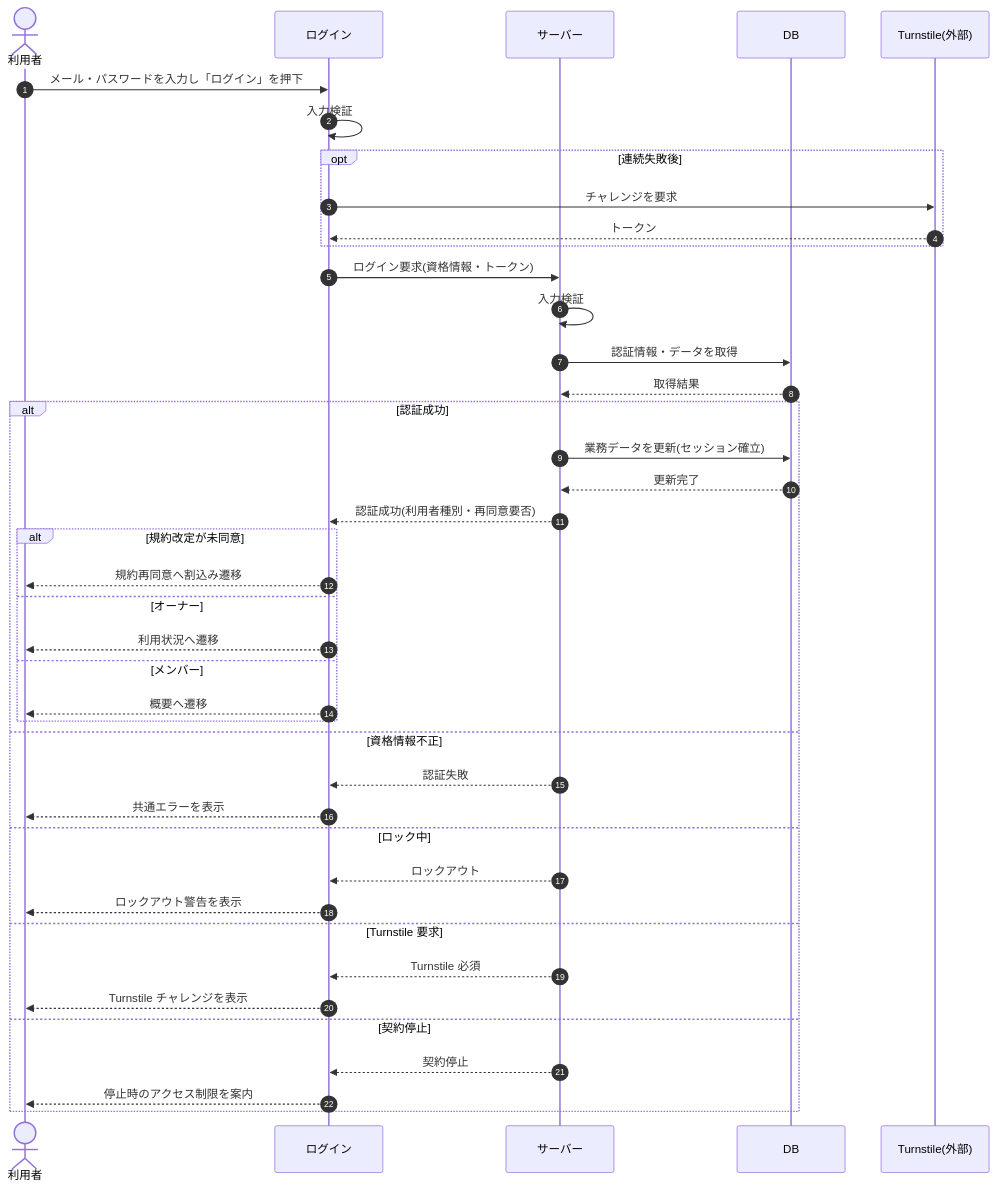
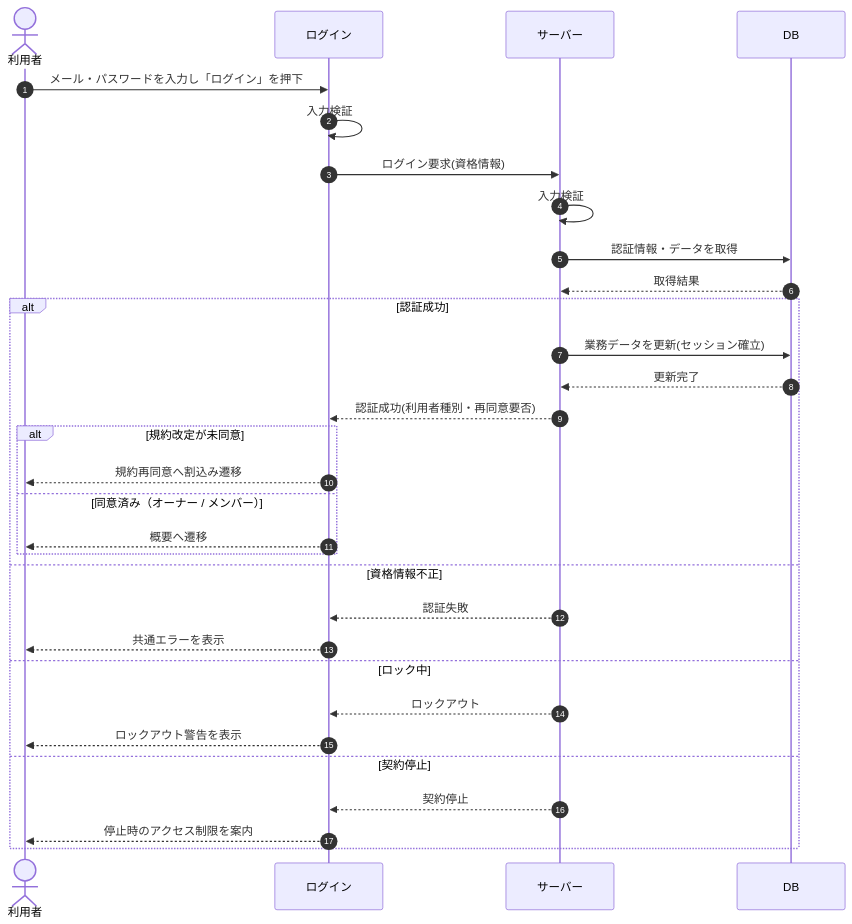
Before and after one commit to sikakou54/open-faq: the diagram in 02_basic_design/03_sequences/SEQ-002.md, drawn with Mermaid. The commit also changed other lines of this file and 198 other files, not shown here.

````diff
--- a/02_basic_design/03_sequences/SEQ-002.md
+++ b/02_basic_design/03_sequences/SEQ-002.md
@@ -24,43 +24,33 @@
 ```mermaid
 sequenceDiagram
   autonumber
   actor U as 利用者
   participant Screen as ログイン
   participant Server as サーバー
   participant DB as DB
-  participant TS as Turnstile(外部)
   U->>Screen: メール・パスワードを入力し「ログイン」を押下
   Screen->>Screen: 入力検証
-  opt 連続失敗後
-    Screen->>TS: チャレンジを要求
-    TS-->>Screen: トークン
-  end
-  Screen->>Server: ログイン要求(資格情報・トークン)
+  Screen->>Server: ログイン要求(資格情報)
   Server->>Server: 入力検証
   Server->>DB: 認証情報・データを取得
   DB-->>Server: 取得結果
   alt 認証成功
     Server->>DB: 業務データを更新(セッション確立)
     DB-->>Server: 更新完了
     Server-->>Screen: 認証成功(利用者種別・再同意要否)
     alt 規約改定が未同意
       Screen-->>U: 規約再同意へ割込み遷移
-    else オーナー
-      Screen-->>U: 利用状況へ遷移
-    else メンバー
+    else 同意済み（オーナー / メンバー）
       Screen-->>U: 概要へ遷移
     end
   else 資格情報不正
     Server-->>Screen: 認証失敗
     Screen-->>U: 共通エラーを表示
   else ロック中
     Server-->>Screen: ロックアウト
     Screen-->>U: ロックアウト警告を表示
-  else Turnstile 要求
-    Server-->>Screen: Turnstile 必須
-    Screen-->>U: Turnstile チャレンジを表示
   else 契約停止
     Server-->>Screen: 契約停止
     Screen-->>U: 停止時のアクセス制限を案内
   end
 ```
````
